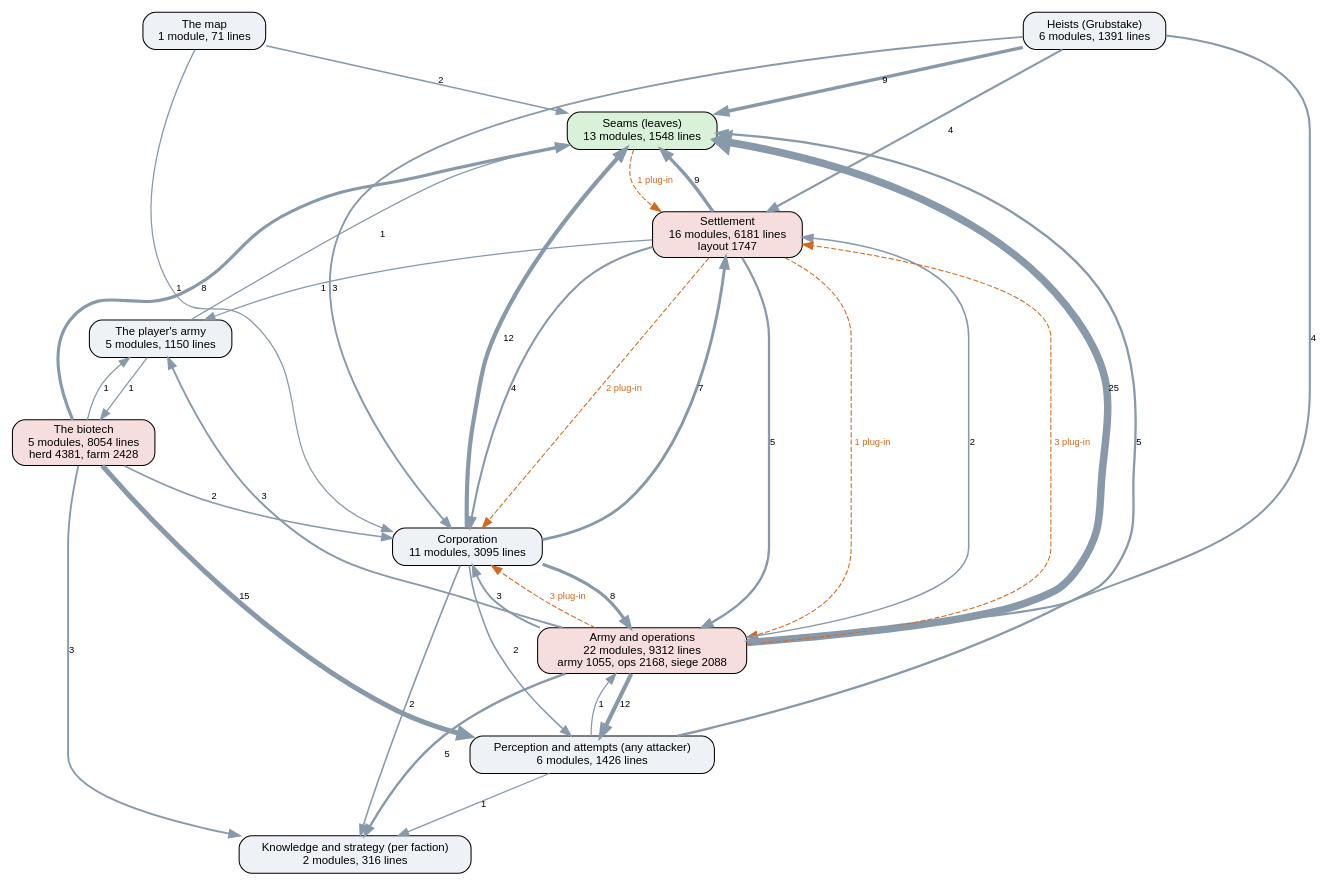
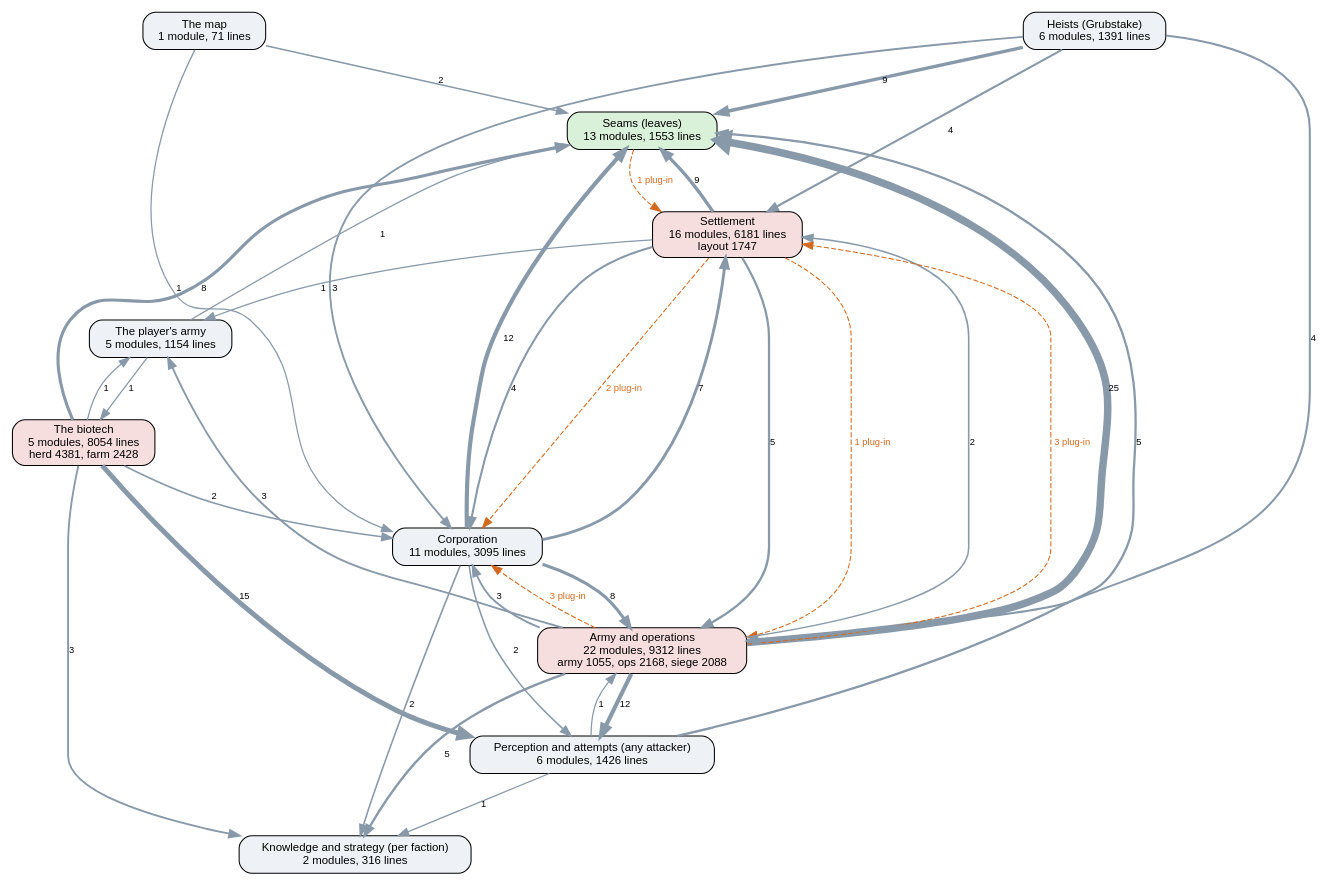
One commit to kinelhu/landing-party changed the diagram in docs/ai-layers.dot. Above: the diagram before and after it, drawn with Graphviz. The commit also changed 9 other files, not shown here.

```diff
--- a/docs/ai-layers.dot
+++ b/docs/ai-layers.dot
@@ -1,51 +1,51 @@
 digraph layers {
   graph [rankdir=TB, fontname="Helvetica", nodesep=0.5, ranksep=0.7];
   node [shape=box, style="rounded,filled", fontname="Helvetica", fontsize=11, fillcolor="#eef2f7"];
   edge [color="#8899aa", fontname="Helvetica", fontsize=9];
-  "Seams (leaves)" [label="Seams (leaves)\n13 modules, 1548 lines", fillcolor="#d9f0d9"];
+  "Seams (leaves)" [label="Seams (leaves)\n13 modules, 1553 lines", fillcolor="#d9f0d9"];
   "Perception and attempts (any attacker)" [label="Perception and attempts (any attacker)\n6 modules, 1426 lines", fillcolor="#eef2f7"];
   "Knowledge and strategy (per faction)" [label="Knowledge and strategy (per faction)\n2 modules, 316 lines", fillcolor="#eef2f7"];
   "Corporation" [label="Corporation\n11 modules, 3095 lines", fillcolor="#eef2f7"];
   "Settlement" [label="Settlement\n16 modules, 6181 lines\nlayout 1747", fillcolor="#f7dede"];
   "Army and operations" [label="Army and operations\n22 modules, 9312 lines\narmy 1055, ops 2168, siege 2088", fillcolor="#f7dede"];
   "Heists (Grubstake)" [label="Heists (Grubstake)\n6 modules, 1391 lines", fillcolor="#eef2f7"];
   "The biotech" [label="The biotech\n5 modules, 8054 lines\nherd 4381, farm 2428", fillcolor="#f7dede"];
   "The map" [label="The map\n1 module, 71 lines", fillcolor="#eef2f7"];
-  "The player's army" [label="The player's army\n5 modules, 1150 lines", fillcolor="#eef2f7"];
+  "The player's army" [label="The player's army\n5 modules, 1154 lines", fillcolor="#eef2f7"];
   "Army and operations" -> "Corporation" [label="3", penwidth=1.8];
   "Army and operations" -> "Knowledge and strategy (per faction)" [label="5", penwidth=2.2];
   "Army and operations" -> "Perception and attempts (any attacker)" [label="12", penwidth=4.0];
   "Army and operations" -> "Seams (leaves)" [label="25", penwidth=7.2];
   "Army and operations" -> "Settlement" [label="2", penwidth=1.5];
   "Army and operations" -> "The player's army" [label="3", penwidth=1.8];
   "Corporation" -> "Army and operations" [label="8", penwidth=3.0];
   "Corporation" -> "Knowledge and strategy (per faction)" [label="2", penwidth=1.5];
   "Corporation" -> "Perception and attempts (any attacker)" [label="2", penwidth=1.5];
   "Corporation" -> "Seams (leaves)" [label="12", penwidth=4.0];
   "Corporation" -> "Settlement" [label="7", penwidth=2.8];
   "Heists (Grubstake)" -> "Army and operations" [label="4", penwidth=2.0];
   "Heists (Grubstake)" -> "Corporation" [label="3", penwidth=1.8];
   "Heists (Grubstake)" -> "Seams (leaves)" [label="9", penwidth=3.2];
   "Heists (Grubstake)" -> "Settlement" [label="4", penwidth=2.0];
   "Perception and attempts (any attacker)" -> "Army and operations" [label="1", penwidth=1.2];
   "Perception and attempts (any attacker)" -> "Knowledge and strategy (per faction)" [label="1", penwidth=1.2];
   "Perception and attempts (any attacker)" -> "Seams (leaves)" [label="5", penwidth=2.2];
   "Settlement" -> "Army and operations" [label="5", penwidth=2.2];
   "Settlement" -> "Corporation" [label="4", penwidth=2.0];
   "Settlement" -> "Seams (leaves)" [label="9", penwidth=3.2];
   "Settlement" -> "The player's army" [label="1", penwidth=1.2];
   "The biotech" -> "Corporation" [label="2", penwidth=1.5];
   "The biotech" -> "Knowledge and strategy (per faction)" [label="3", penwidth=1.8];
   "The biotech" -> "Perception and attempts (any attacker)" [label="15", penwidth=4.8];
   "The biotech" -> "Seams (leaves)" [label="8", penwidth=3.0];
   "The biotech" -> "The player's army" [label="1", penwidth=1.2];
   "The map" -> "Corporation" [label="1", penwidth=1.2];
   "The map" -> "Seams (leaves)" [label="2", penwidth=1.5];
   "The player's army" -> "Seams (leaves)" [label="1", penwidth=1.2];
   "The player's army" -> "The biotech" [label="1", penwidth=1.2];
   "Army and operations" -> "Corporation" [style=dashed, color="#d2691e", fontcolor="#d2691e", label="3 plug-in"];
   "Army and operations" -> "Settlement" [style=dashed, color="#d2691e", fontcolor="#d2691e", label="3 plug-in"];
   "Seams (leaves)" -> "Settlement" [style=dashed, color="#d2691e", fontcolor="#d2691e", label="1 plug-in"];
   "Settlement" -> "Army and operations" [style=dashed, color="#d2691e", fontcolor="#d2691e", label="1 plug-in"];
   "Settlement" -> "Corporation" [style=dashed, color="#d2691e", fontcolor="#d2691e", label="2 plug-in"];
 }
```
